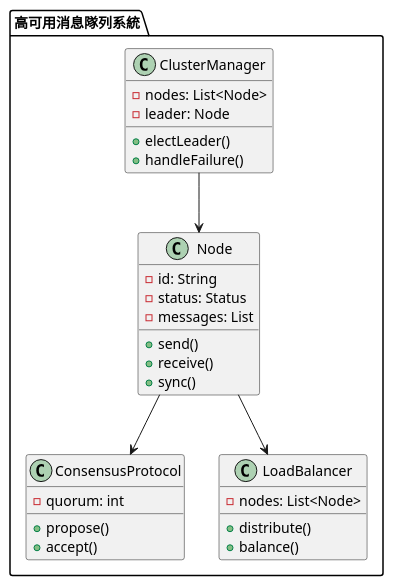
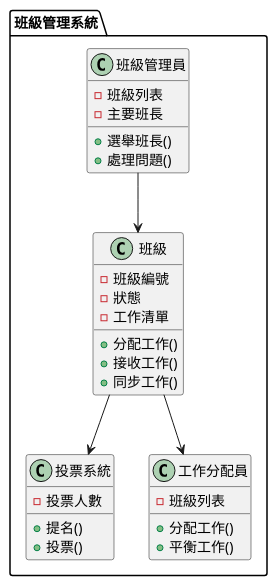
Before and after one commit to fine5351/info-sync: the third of 3 diagrams in doc/learning/architecture/message_queue_ha_tutorial.md, drawn with PlantUML. The commit also changed other lines of this file and 35 other files, not shown here.

````diff
--- a/doc/learning/architecture/message_queue_ha_tutorial.md
+++ b/doc/learning/architecture/message_queue_ha_tutorial.md
@@ -343,37 +343,37 @@
 ```plantuml
 @startuml
-package "高可用消息隊列系統" {
-    class ClusterManager {
-        - nodes: List<Node>
-        - leader: Node
-        + electLeader()
-        + handleFailure()
+package "班級管理系統" {
+    class 班級管理員 {
+        - 班級列表
+        - 主要班長
+        + 選舉班長()
+        + 處理問題()
     }
     
-    class Node {
-        - id: String
-        - status: Status
-        - messages: List
-        + send()
-        + receive()
-        + sync()
+    class 班級 {
+        - 班級編號
+        - 狀態
+        - 工作清單
+        + 分配工作()
+        + 接收工作()
+        + 同步工作()
     }
     
-    class ConsensusProtocol {
-        - quorum: int
-        + propose()
-        + accept()
+    class 投票系統 {
+        - 投票人數
+        + 提名()
+        + 投票()
     }
     
-    class LoadBalancer {
-        - nodes: List<Node>
-        + distribute()
-        + balance()
+    class 工作分配員 {
+        - 班級列表
+        + 分配工作()
+        + 平衡工作()
     }
 }
 
-ClusterManager --> Node
-Node --> ConsensusProtocol
-Node --> LoadBalancer
+班級管理員 --> 班級
+班級 --> 投票系統
+班級 --> 工作分配員
 @enduml
 ```
````
